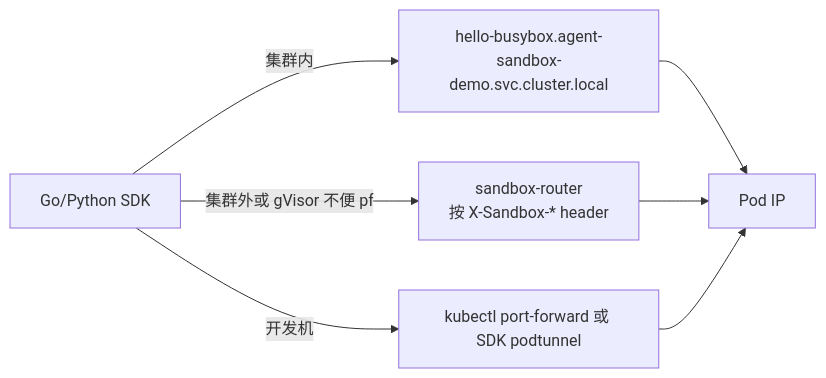
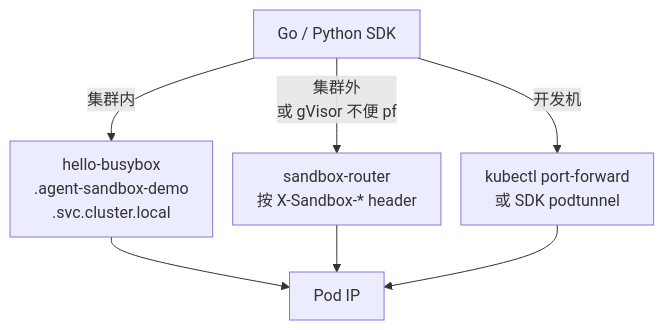
Before and after one commit to forrestIsRunning/kind-k8s-learning: the tenth of 11 diagrams in docs/agent-sandbox-operator.md, drawn with Mermaid. The commit also changed other lines of this file and 2 other files, not shown here.

Commit message:
Stop mermaid diagrams from clipping labels and bottoms.

````diff
--- a/docs/agent-sandbox-operator.md
+++ b/docs/agent-sandbox-operator.md
@@ -309,12 +401,22 @@
 ```mermaid
-flowchart LR
-  SDK["Go/Python SDK"]
+---
+config:
+  flowchart:
+    htmlLabels: true
+    wrappingWidth: 200
+    padding: 12
+    useMaxWidth: false
+    rankSpacing: 35
+    nodeSpacing: 20
+---
+flowchart TB
+  SDK["Go / Python SDK"]
   R["sandbox-router<br/>按 X-Sandbox-* header"]
-  DNS["hello-busybox.agent-sandbox-demo.svc.cluster.local"]
-  PF["kubectl port-forward 或 SDK podtunnel"]
+  DNS["hello-busybox<br/>.agent-sandbox-demo<br/>.svc.cluster.local"]
+  PF["kubectl port-forward<br/>或 SDK podtunnel"]
   POD["Pod IP"]
 
   SDK -->|"集群内"| DNS --> POD
-  SDK -->|"集群外或 gVisor 不便 pf"| R --> POD
+  SDK -->|"集群外<br/>或 gVisor 不便 pf"| R --> POD
   SDK -->|"开发机"| PF --> POD
 ```
````
